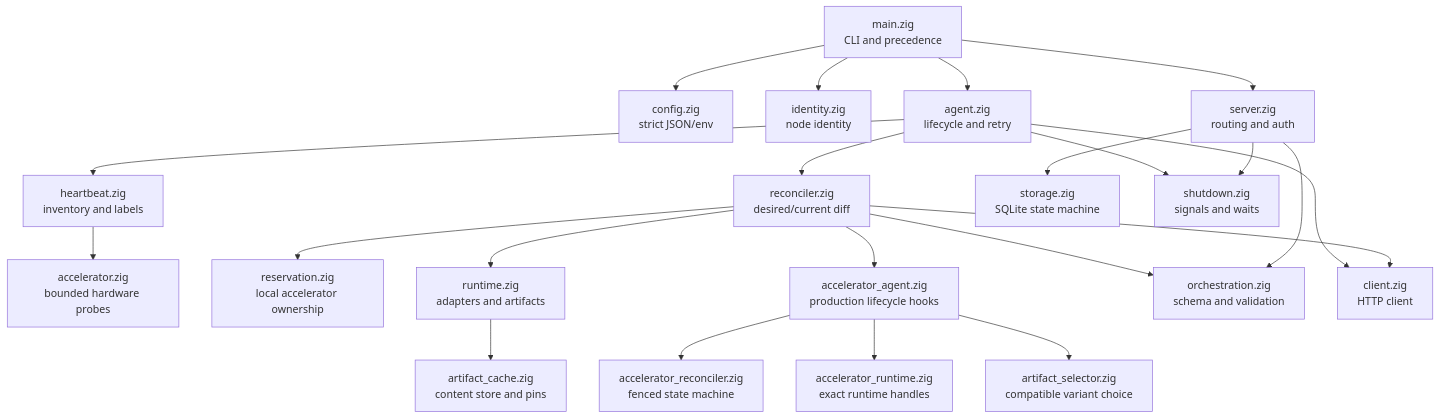
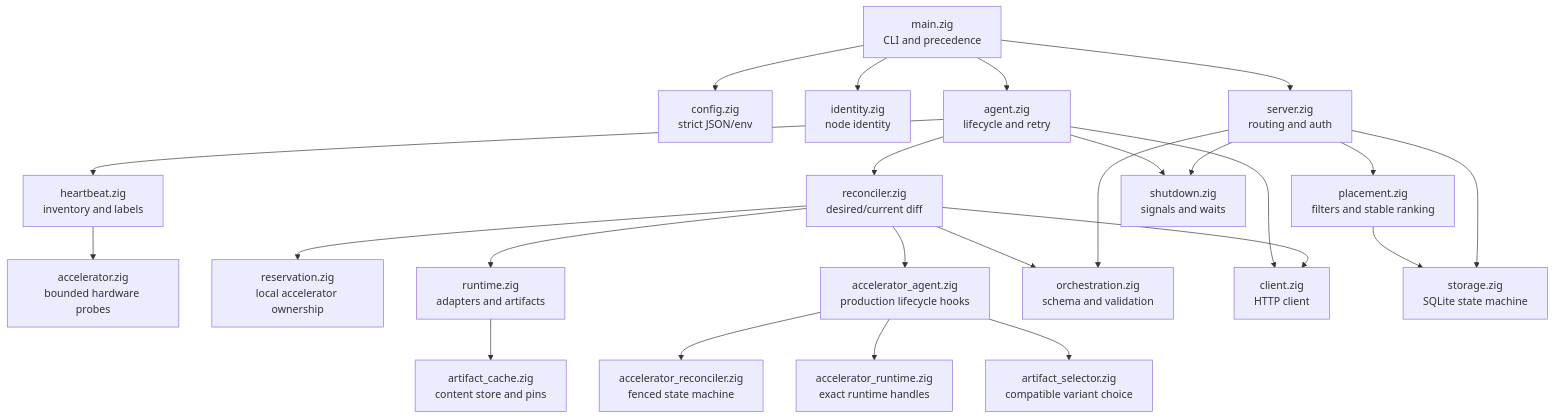
Before and after one commit to ziwon/nimbus: the second of 3 diagrams in docs/architecture.md, drawn with Mermaid. The commit also changed other lines of this file and 5 other files, not shown here.

````diff
--- a/docs/architecture.md
+++ b/docs/architecture.md
@@ -99,44 +100,47 @@
 ```mermaid
 flowchart TB
     Main[main.zig<br/>CLI and precedence]
     Config[config.zig<br/>strict JSON/env]
     Identity[identity.zig<br/>node identity]
     Heartbeat[heartbeat.zig<br/>inventory and labels]
     Accelerator[accelerator.zig<br/>bounded hardware probes]
+    Placement[placement.zig<br/>filters and stable ranking]
     Agent[agent.zig<br/>lifecycle and retry]
     Reconcile[reconciler.zig<br/>desired/current diff]
     Reservation[reservation.zig<br/>local accelerator ownership]
     AcceleratorAgent[accelerator_agent.zig<br/>production lifecycle hooks]
     AcceleratorReconcile[accelerator_reconciler.zig<br/>fenced state machine]
     AcceleratorRuntime[accelerator_runtime.zig<br/>exact runtime handles]
     ArtifactSelector[artifact_selector.zig<br/>compatible variant choice]
     ArtifactCache[artifact_cache.zig<br/>content store and pins]
     Runtime[runtime.zig<br/>adapters and artifacts]
     Protocol[orchestration.zig<br/>schema and validation]
     Client[client.zig<br/>HTTP client]
     Server[server.zig<br/>routing and auth]
     Storage[storage.zig<br/>SQLite state machine]
     Shutdown[shutdown.zig<br/>signals and waits]
 
     Main --> Config
     Main --> Identity
     Main --> Agent
     Main --> Server
     Agent --> Heartbeat
     Heartbeat --> Accelerator
+    Server --> Placement
+    Placement --> Storage
     Agent --> Reconcile
     Agent --> Client
     Agent --> Shutdown
     Reconcile --> Protocol
     Reconcile --> Reservation
     Reconcile --> Runtime
     Reconcile --> AcceleratorAgent
     AcceleratorAgent --> AcceleratorReconcile
     AcceleratorAgent --> AcceleratorRuntime
     AcceleratorAgent --> ArtifactSelector
     Runtime --> ArtifactCache
     Reconcile --> Client
     Server --> Protocol
     Server --> Storage
     Server --> Shutdown
 ```
````
